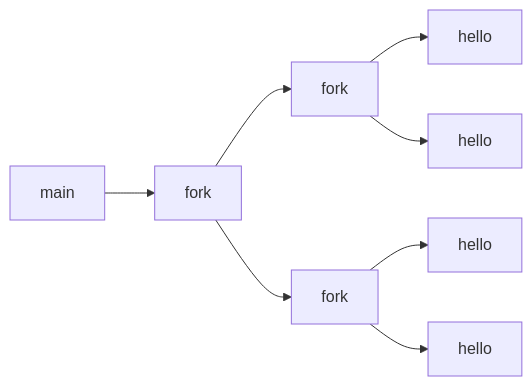
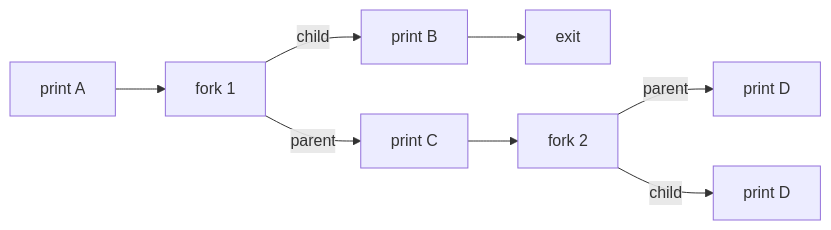
The first of 3 diagrams in src/csapp/lessons/22-processes.md (alvinnew100/grand-line-study-guide), drawn with Mermaid before and after one commit. The commit also changed other lines of this file and 47 other files, not shown here.

````diff
--- a/src/csapp/lessons/22-processes.md
+++ b/src/csapp/lessons/22-processes.md
@@ -90,10 +112,8 @@
 ```mermaid
-graph LR
-  A[main] --> F1[fork]
-  F1 --> F2a[fork]
-  F1 --> F2b[fork]
-  F2a --> H1[hello]
-  F2a --> H2[hello]
-  F2b --> H3[hello]
-  F2b --> H4[hello]
+flowchart LR
+    A[print A] --> F1[fork 1]
+    F1 -- child --> B[print B] --> X1[exit]
+    F1 -- parent --> C[print C] --> F2[fork 2]
+    F2 -- parent --> D1[print D]
+    F2 -- child --> D2[print D]
 ```
````
